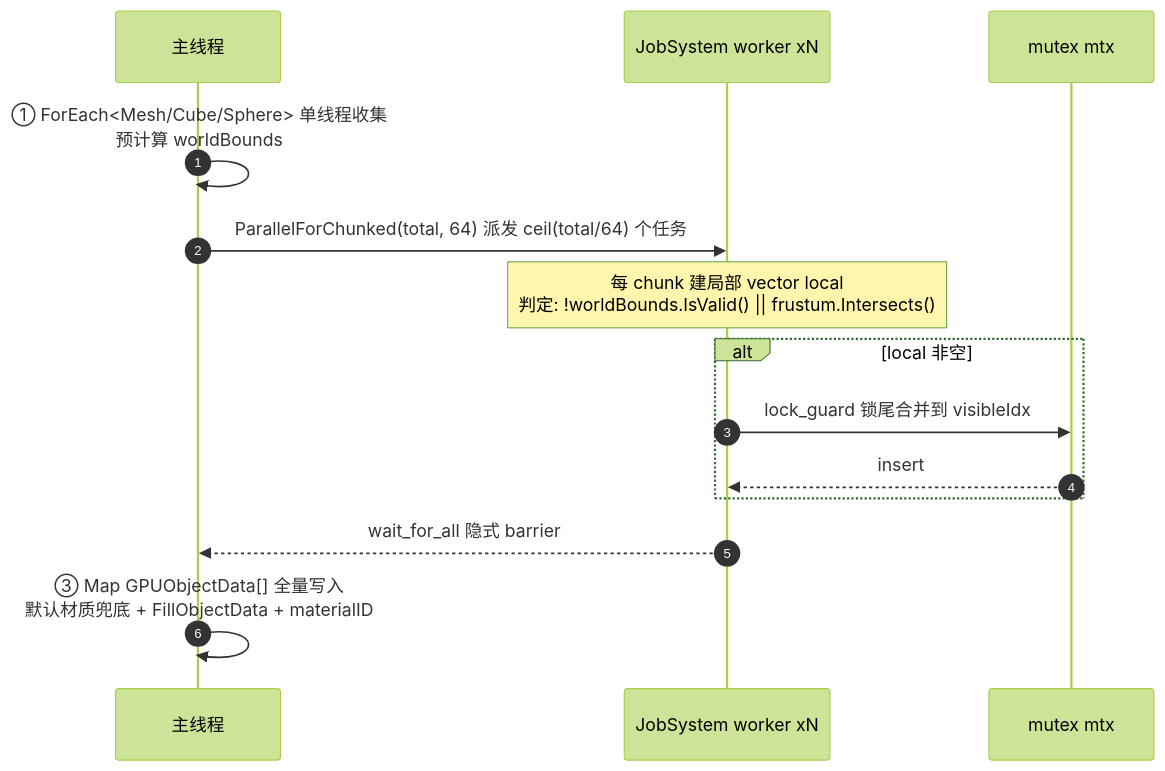
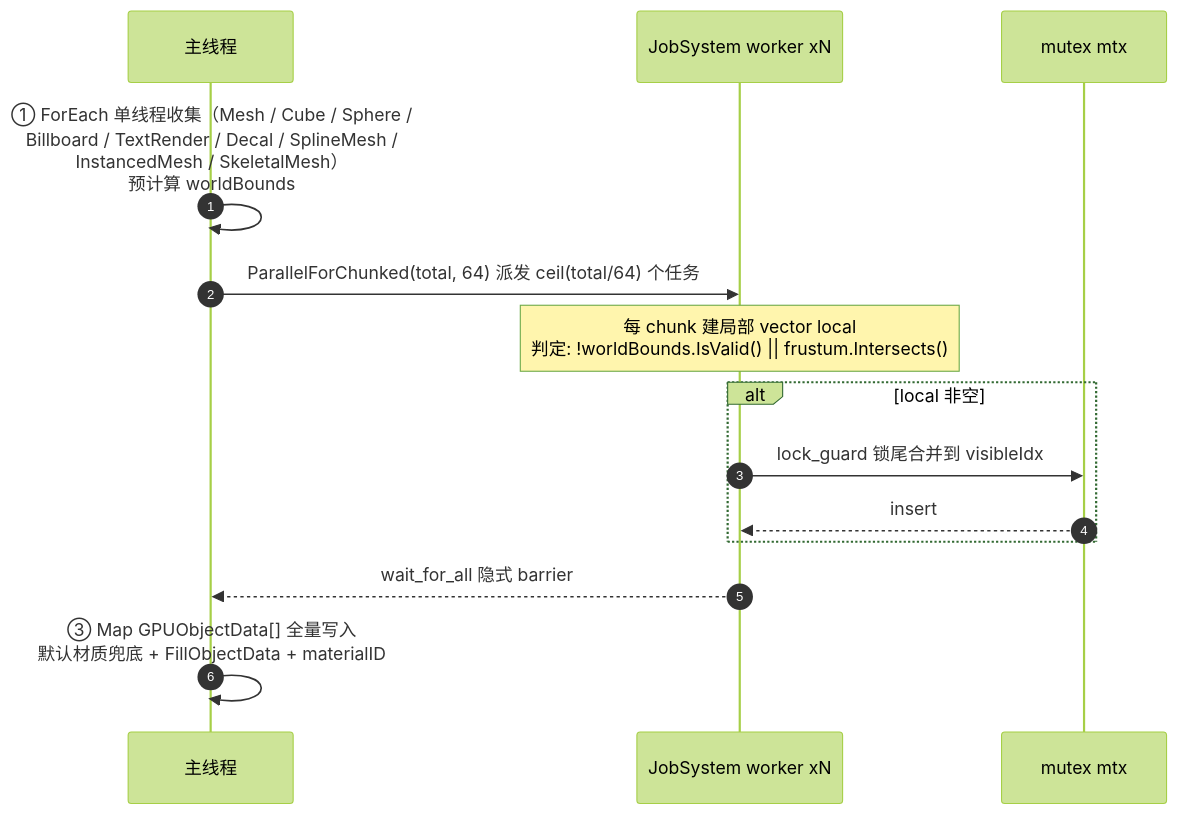
Before and after one commit to huguozhu/HugEngine: the third of 7 diagrams in docs/HugEngine引擎介绍/HugEngine多线程渲染实现分析.md, drawn with Mermaid (forest theme). The commit also changed other lines of this file and 1 other file, not shown here.

````diff
--- a/docs/HugEngine引擎介绍/HugEngine多线程渲染实现分析.md
+++ b/docs/HugEngine引擎介绍/HugEngine多线程渲染实现分析.md
@@ -161,17 +164,17 @@
 ```mermaid
 sequenceDiagram
     autonumber
     participant Main as 主线程
     participant Job as JobSystem worker xN
     participant Mutex as mutex mtx
 
-    Main->>Main: ① ForEach<Mesh/Cube/Sphere> 单线程收集<br/>预计算 worldBounds
+    Main->>Main: ① ForEach 单线程收集（Mesh / Cube / Sphere /<br/>Billboard / TextRender / Decal / SplineMesh /<br/>InstancedMesh / SkeletalMesh）<br/>预计算 worldBounds
     Main->>Job: ParallelForChunked(total, 64) 派发 ceil(total/64) 个任务
     Note over Job: 每 chunk 建局部 vector local<br/>判定: !worldBounds.IsValid() || frustum.Intersects()
     alt local 非空
         Job->>Mutex: lock_guard 锁尾合并到 visibleIdx
         Mutex-->>Job: insert
     end
     Job-->>Main: wait_for_all 隐式 barrier
     Main->>Main: ③ Map GPUObjectData[] 全量写入<br/>默认材质兜底 + FillObjectData + materialID
 ```
````
